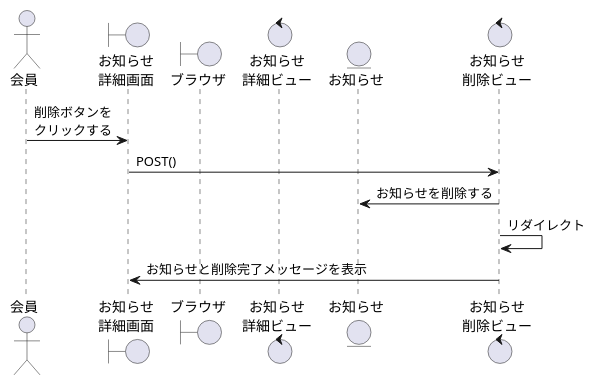
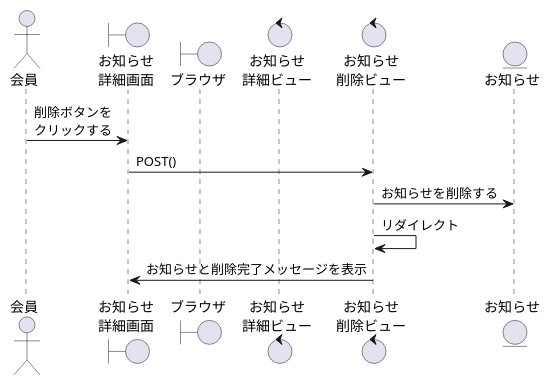
The diagram in 卒業研究/お知らせ詳細.wsd (ysyk-wtnb16/team_D), drawn with PlantUML before and after one commit. The commit also changed other lines of this file and 11 other files, not shown here.

```diff
--- a/卒業研究/お知らせ詳細.wsd
+++ b/卒業研究/お知らせ詳細.wsd
@@ -1,16 +1,16 @@
 @startuml Postdelete
 
 actor "会員" as act
 boundary "お知らせ\n詳細画面" as PostDetails
 boundary "ブラウザ" as brz
 control "お知らせ\n詳細ビュー" as PostDetailv
+control "お知らせ\n削除ビュー" as PostDeletev
 entity "お知らせ" as Post
-control "お知らせ\n削除ビュー" as PostDeletev
 
 act -> PostDetails:削除ボタンを\nクリックする
 PostDetails -> PostDeletev:POST()
 PostDeletev -> Post:お知らせを削除する
 PostDeletev -> PostDeletev:リダイレクト
 PostDetails <- PostDeletev:お知らせと削除完了メッセージを表示
 
 @enduml
```
